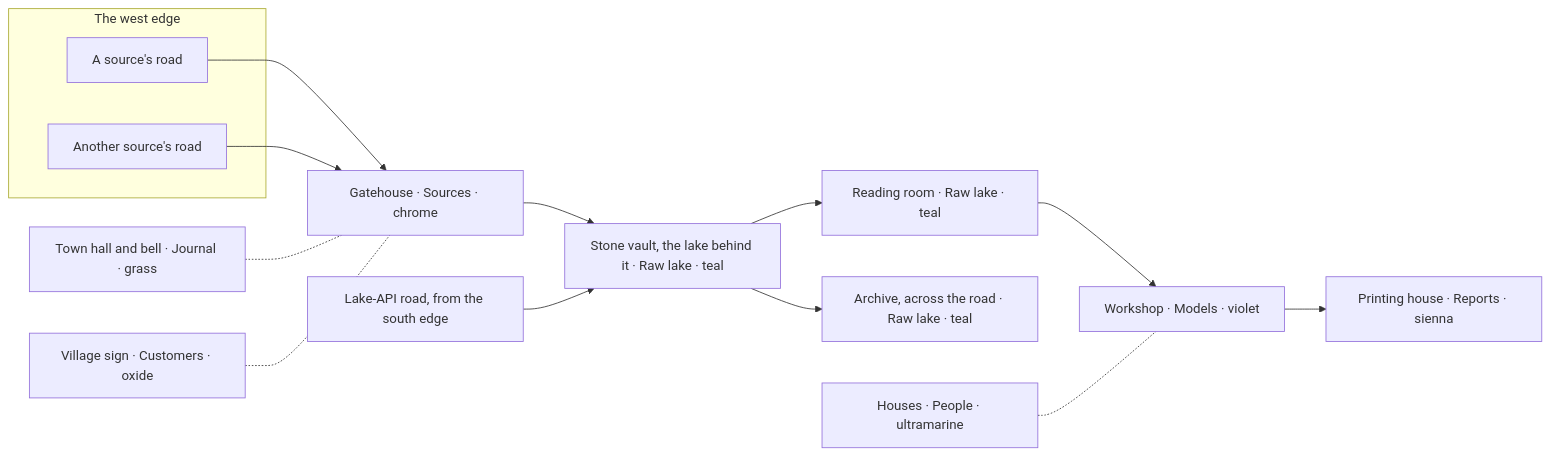
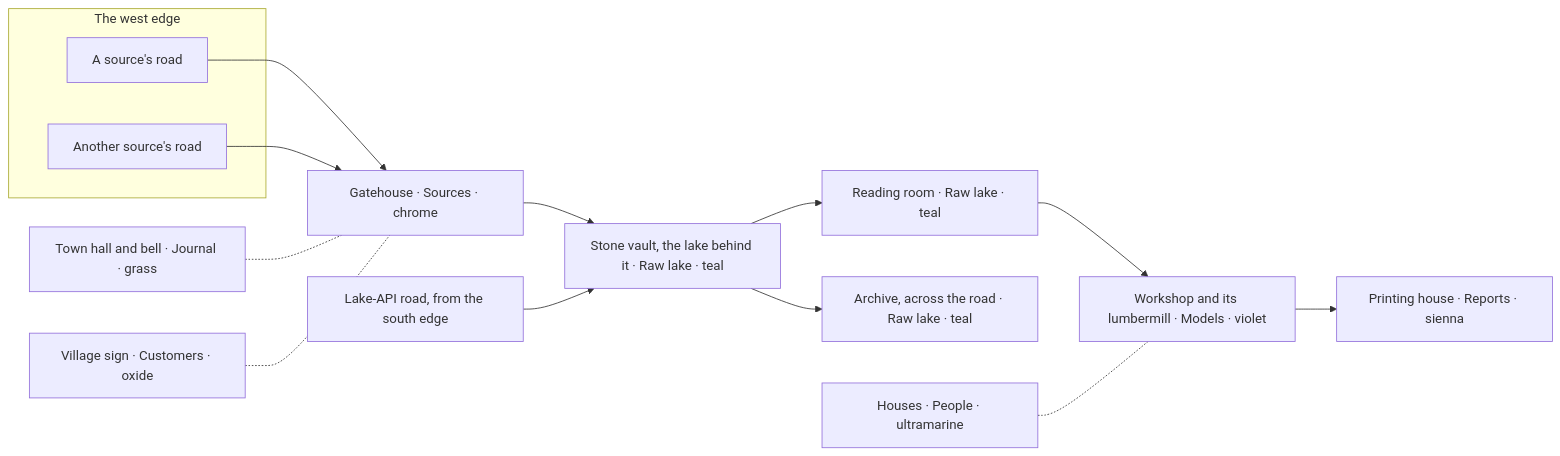
Before and after one commit to muitneliss/undercroft: the diagram in docs/design/village.md, drawn with Mermaid. The commit also changed other lines of this file and 26 other files, not shown here.

````diff
--- a/docs/design/village.md
+++ b/docs/design/village.md
@@ -73,28 +80,28 @@
 ```mermaid
 flowchart LR
   subgraph west["The west edge"]
     road1["A source's road"]
     road2["Another source's road"]
   end
   api["Lake-API road, from the south edge"]
   gate["Gatehouse · Sources · chrome"]
   hall["Town hall and bell · Journal · grass"]
   vault["Stone vault, the lake behind it · Raw lake · teal"]
   reading["Reading room · Raw lake · teal"]
   archive["Archive, across the road · Raw lake · teal"]
-  workshop["Workshop · Models · violet"]
+  workshop["Workshop and its lumbermill · Models · violet"]
   press["Printing house · Reports · sienna"]
   houses["Houses · People · ultramarine"]
   sign["Village sign · Customers · oxide"]
   road1 --> gate
   road2 --> gate
   gate --> vault
   api --> vault
   vault --> reading
   vault --> archive
   reading --> workshop
   workshop --> press
   hall -.- gate
   sign -.- gate
   houses -.- workshop
 ```
````
